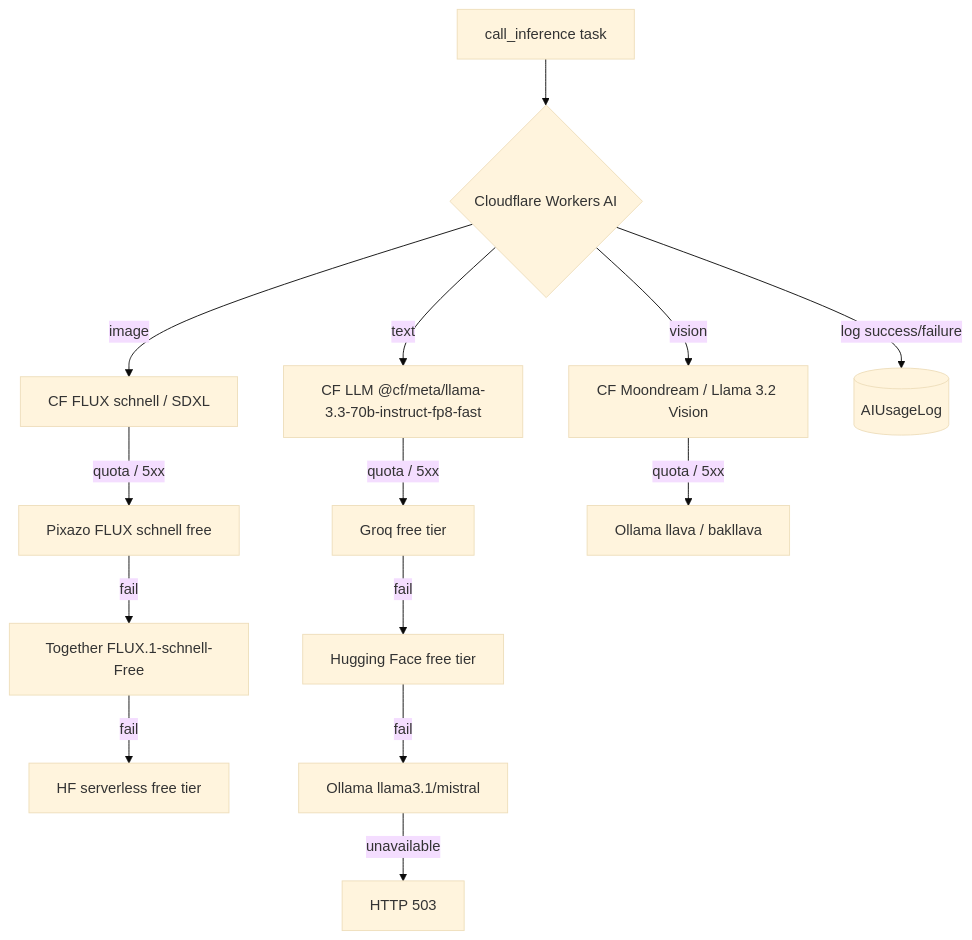
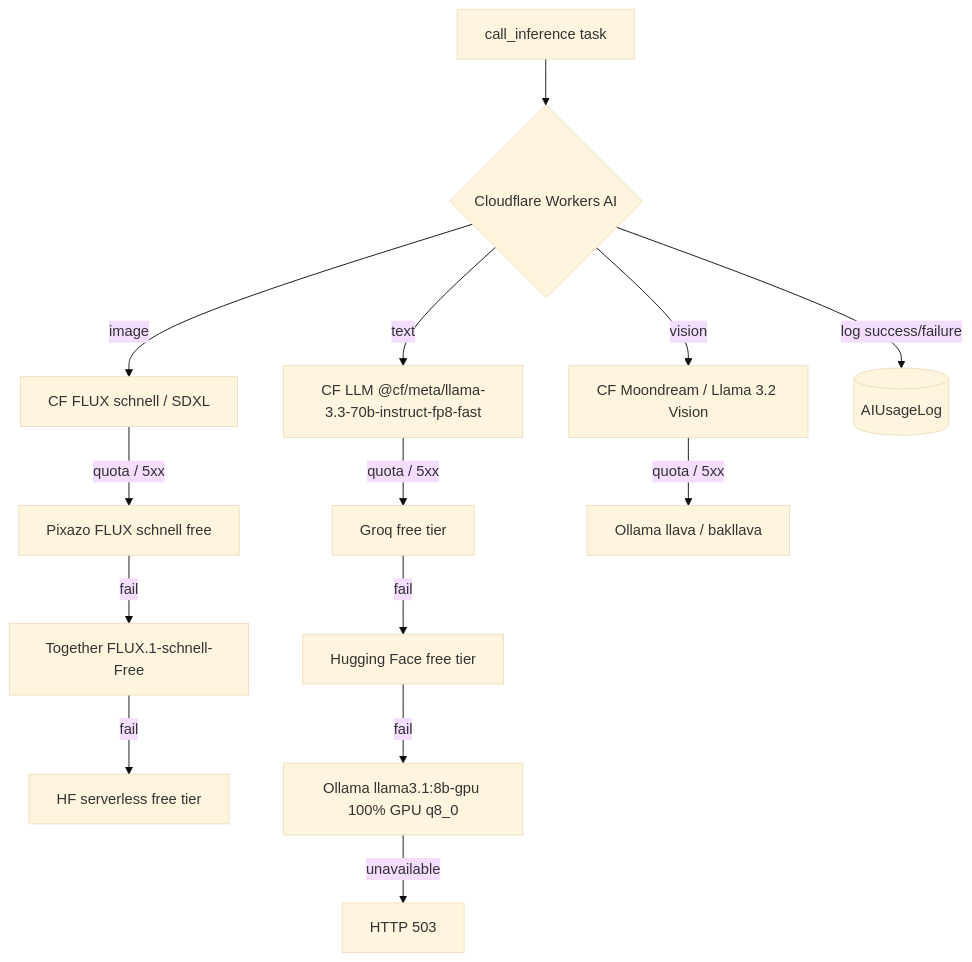
Before and after one commit to Themis128/cu130-slim: the third of 16 diagrams in docs/superpowers/plans/plan-e6a92ed66b9dca4a.md, drawn with Mermaid (base theme). The commit also changed other lines of this file, not shown here.

First line of the commit message:
docs: update architecture diagrams with split Celery workers and GPU-optimized services

````diff
--- a/docs/superpowers/plans/plan-e6a92ed66b9dca4a.md
+++ b/docs/superpowers/plans/plan-e6a92ed66b9dca4a.md
@@ -216,16 +221,16 @@
 ```mermaid
 flowchart TD
     A[call_inference task] --> B{Cloudflare Workers AI}
     B -->|text| T[CF LLM @cf/meta/llama-3.3-70b-instruct-fp8-fast]
     B -->|image| I[CF FLUX schnell / SDXL]
     B -->|vision| V[CF Moondream / Llama 3.2 Vision]
     T -->|quota / 5xx| G[Groq free tier]
     I -->|quota / 5xx| P[Pixazo FLUX schnell free]
     P -->|fail| T2[Together FLUX.1-schnell-Free]
     T2 -->|fail| HF[HF serverless free tier]
     V -->|quota / 5xx| V2[Ollama llava / bakllava]
     G -->|fail| H2[Hugging Face free tier]
-    H2 -->|fail| O[Ollama llama3.1/mistral]
+    H2 -->|fail| O[Ollama llama3.1:8b-gpu 100% GPU q8_0]
     O -->|unavailable| E[HTTP 503]
     B -->|log success/failure| K[(AIUsageLog)]
 ```
````
